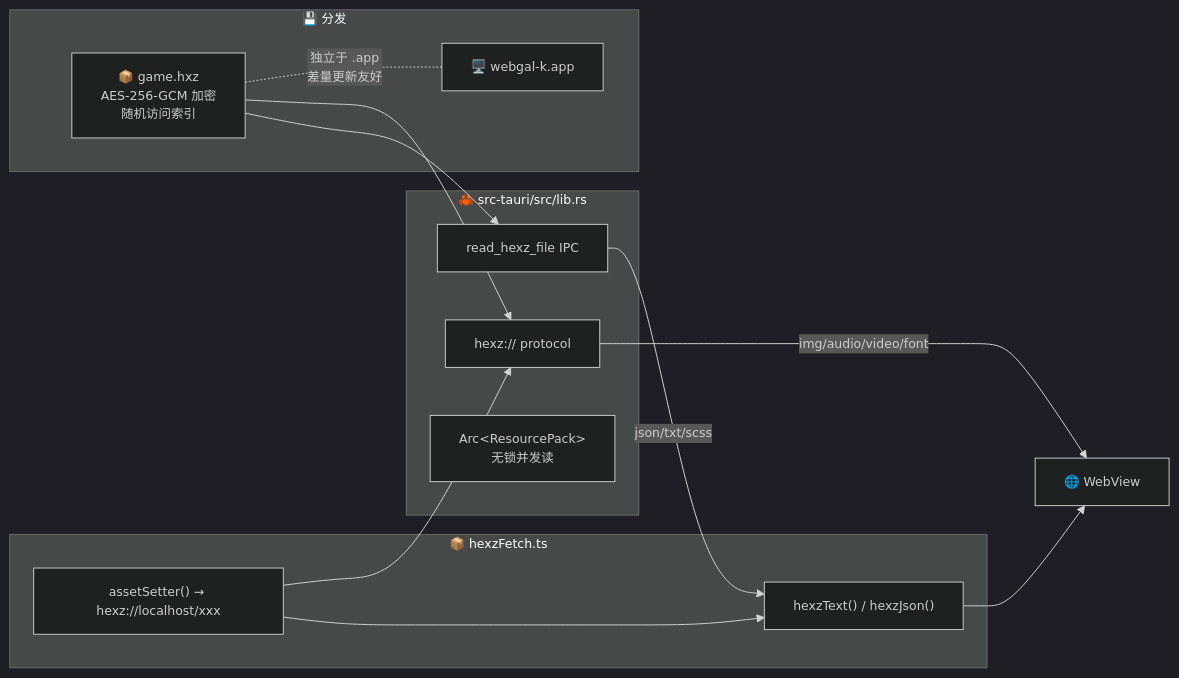
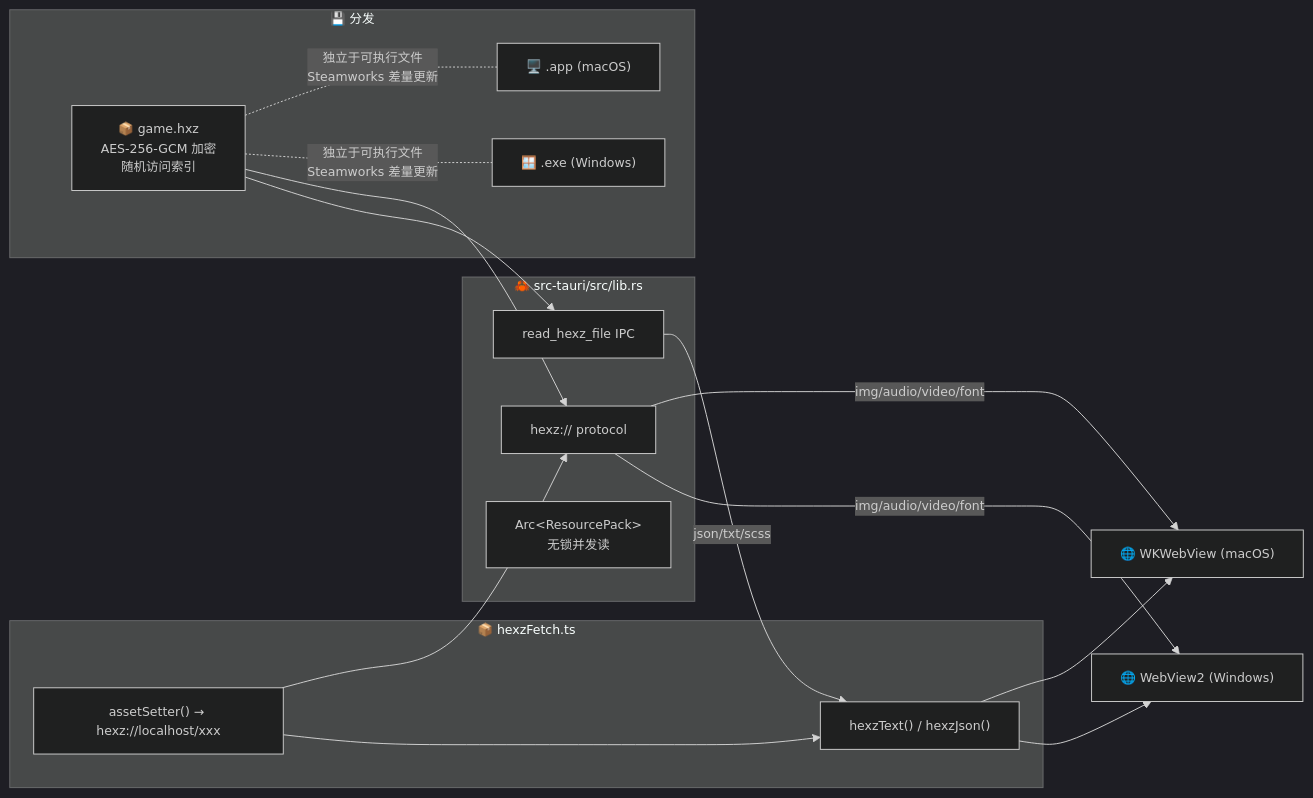
The diagram in README.md (maincoretech/WebGAL_k), drawn with Mermaid before and after one commit. The commit also changed other lines of this file and 1 other file, not shown here.

Commit message:
docs: update architecture diagram for dual-platform (macOS + Windows)

````diff
--- a/README.md
+++ b/README.md
@@ -48,28 +13,32 @@
 ```mermaid
 %%{init: {'theme': 'dark', 'themeVariables': {'fontSize': '13px'}}}%%
 flowchart LR
     subgraph Disk["💾 分发"]
         HXZ["📦 game.hxz<br/>AES-256-GCM 加密<br/>随机访问索引"]
-        APP["🖥️ webgal-k.app"]
-        HXZ -. "独立于 .app<br/>差量更新友好" .- APP
+        APP_MAC["🖥️ .app (macOS)"]
+        APP_WIN["🪟 .exe (Windows)"]
+        HXZ -. "独立于可执行文件<br/>Steamworks 差量更新" .- APP_MAC
+        HXZ -. "独立于可执行文件<br/>Steamworks 差量更新" .- APP_WIN
     end
 
     subgraph Rust["🦀 src-tauri/src/lib.rs"]
         Protocol["hexz:// protocol"]
         IPC["read_hexz_file IPC"]
         Store["Arc&lt;ResourcePack&gt;<br/>无锁并发读"]
     end
 
     subgraph JS["📦 hexzFetch.ts"]
         Text["hexzText() / hexzJson()"]
         Asset["assetSetter() → hexz://localhost/xxx"]
     end
 
     HXZ --> Protocol
     HXZ --> IPC
-    Protocol -- "img/audio/video/font" --> Browser["🌐 WebView"]
+    Protocol -- "img/audio/video/font" --> Browser_MAC["🌐 WKWebView (macOS)"]
+    Protocol -- "img/audio/video/font" --> Browser_WIN["🌐 WebView2 (Windows)"]
     IPC -- "json/txt/scss" --> Text
-    Text --> Browser
+    Text --> Browser_MAC
+    Text --> Browser_WIN
     Asset --> Protocol
     Asset --> Text
 ```
````
